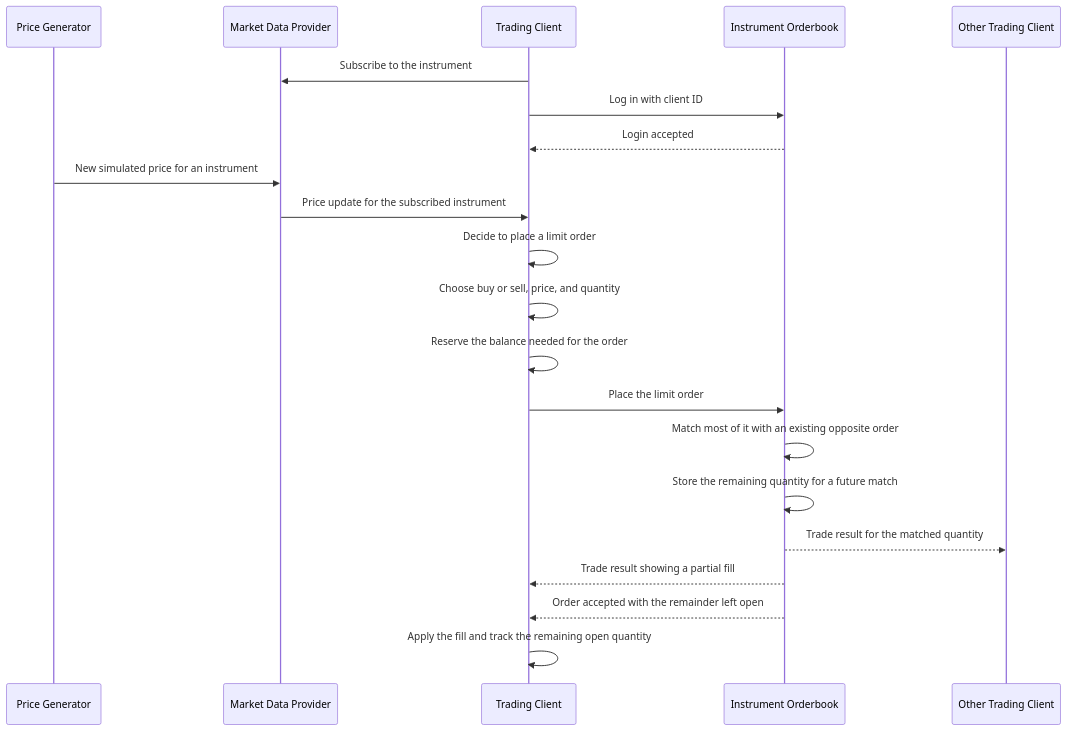
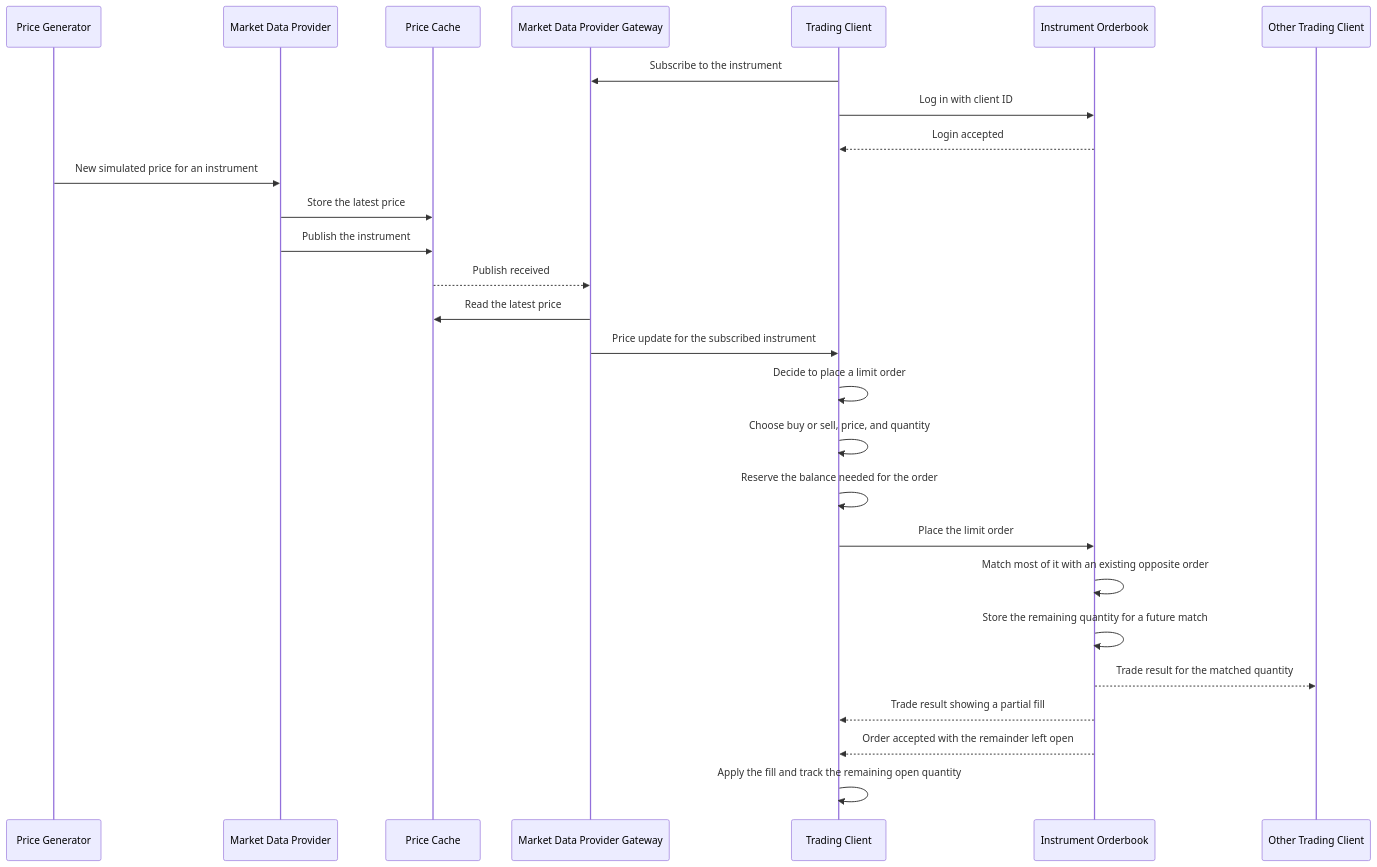
The first of 3 diagrams in docs/sequence.md (Braqzen/orderbook-trading), drawn with Mermaid before and after one commit. The commit also changed other lines of this file and 29 other files, not shown here.

First line of the commit message:
Split the provider into a price receiver, valkey cache and gateway

````diff
--- a/docs/sequence.md
+++ b/docs/sequence.md
@@ -9,24 +9,30 @@
 ```mermaid
 sequenceDiagram
     participant Generator as Price Generator
     participant MarketData as Market Data Provider
+    participant Cache as Price Cache
+    participant Gateway as Market Data Provider Gateway
     participant Client as Trading Client
     participant Orderbook as Instrument Orderbook
     participant OtherClient as Other Trading Client
 
-    Client->>MarketData: Subscribe to the instrument
+    Client->>Gateway: Subscribe to the instrument
     Client->>Orderbook: Log in with client ID
     Orderbook-->>Client: Login accepted
     Generator->>MarketData: New simulated price for an instrument
-    MarketData->>Client: Price update for the subscribed instrument
+    MarketData->>Cache: Store the latest price
+    MarketData->>Cache: Publish the instrument
+    Cache-->>Gateway: Publish received
+    Gateway->>Cache: Read the latest price
+    Gateway->>Client: Price update for the subscribed instrument
     Client->>Client: Decide to place a limit order
     Client->>Client: Choose buy or sell, price, and quantity
     Client->>Client: Reserve the balance needed for the order
     Client->>Orderbook: Place the limit order
     Orderbook->>Orderbook: Match most of it with an existing opposite order
     Orderbook->>Orderbook: Store the remaining quantity for a future match
     Orderbook-->>OtherClient: Trade result for the matched quantity
     Orderbook-->>Client: Trade result showing a partial fill
     Orderbook-->>Client: Order accepted with the remainder left open
     Client->>Client: Apply the fill and track the remaining open quantity
 ```
````
